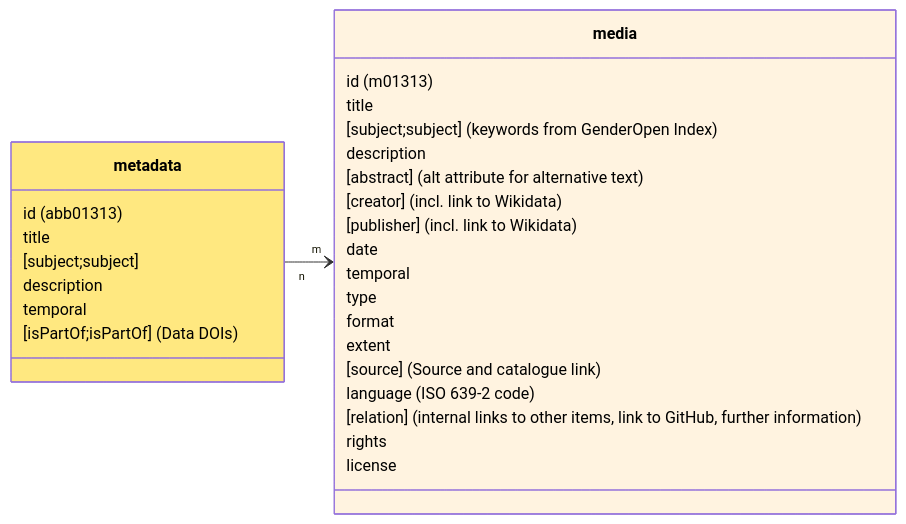
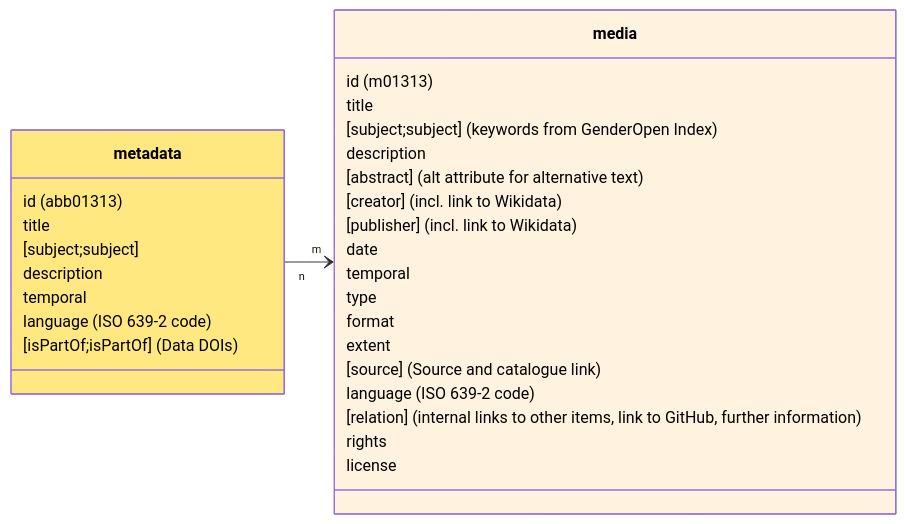
One commit to mtwente/stadt-geschichte-basel.github.io changed the diagram in products/coding/plattform/index.qmd. Above: the diagram before and after it, drawn with Mermaid. The commit also changed 23 other files, not shown here.

````diff
--- a/products/coding/plattform/index.qmd
+++ b/products/coding/plattform/index.qmd
@@ -43,35 +43,36 @@
 ```{mermaid}
 classDiagram
 direction LR
     class metadata {
         id &lpar;abb01313&rpar;
         title
         [subject;subject]
         description
         temporal
+        language &lpar;ISO 639-2 code&rpar;
         [isPartOf;isPartOf] &lpar;Data DOIs&rpar;
     }
     class media {
         id &lpar;m01313&rpar;
         title
         [subject;subject] &lpar;keywords from GenderOpen Index&rpar;
         description
         [abstract] &lpar;alt attribute for alternative text&rpar;
         [creator] &lpar;incl. link to Wikidata&rpar;
         [publisher] &lpar;incl. link to Wikidata&rpar;
         date
         temporal
         type
         format
         extent
         [source] &lpar;Source and catalogue link&rpar;
         language &lpar;ISO 639-2 code&rpar;
         [relation] &lpar;internal links to other items, link to GitHub, further information&rpar;
         rights
         license
     }
     metadata "n" --> "m" media
 
     style metadata fill:#ffe880,color:#000
     style media fill:#fff3e0,color:#000
 ```
````
